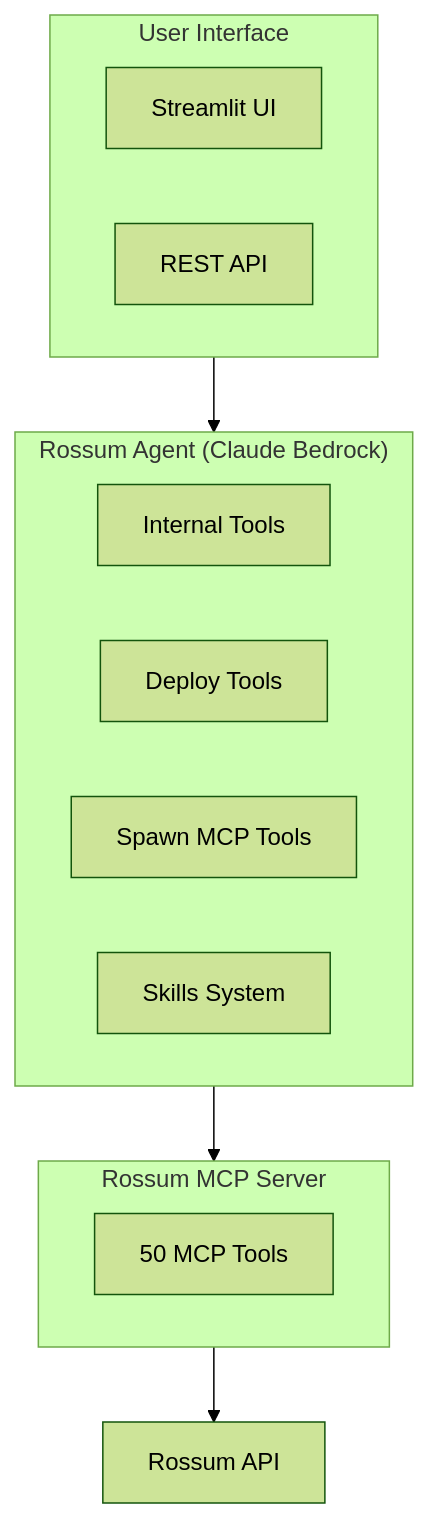
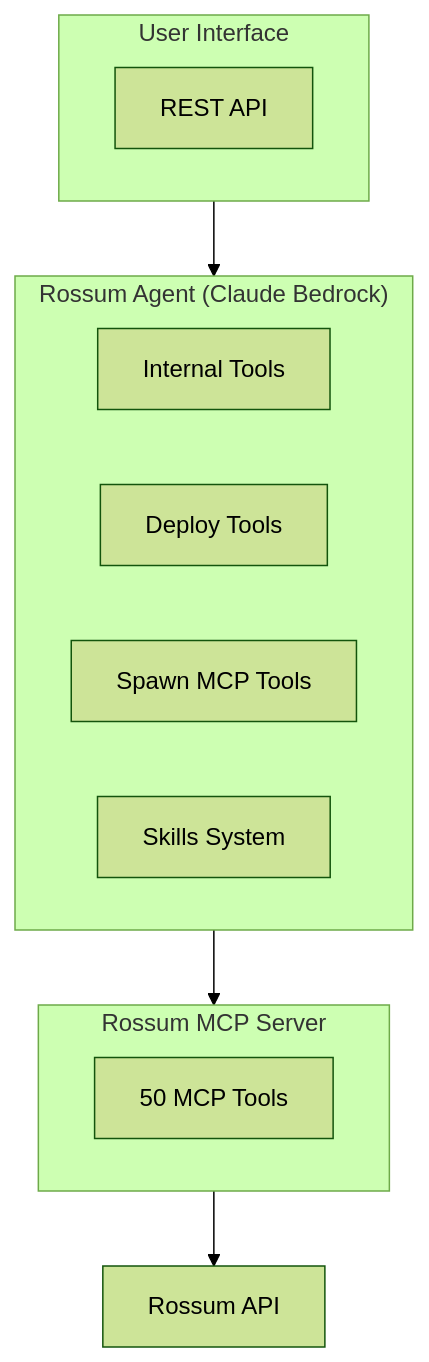
One commit to stancld/rossum-agents changed the diagram in rossum-agent/README.md. Above: the diagram before and after it, drawn with Mermaid (forest theme). The commit also changed other lines of this file and 27 other files, not shown here.

````diff
--- a/rossum-agent/README.md
+++ b/rossum-agent/README.md
@@ -193,24 +178,23 @@
 ```mermaid
 flowchart TB
     subgraph UI["User Interface"]
-        S[Streamlit UI]
         A[REST API]
     end
 
     subgraph Agent["Rossum Agent (Claude Bedrock)"]
         IT[Internal Tools]
         DT[Deploy Tools]
         MT[Spawn MCP Tools]
         SK[Skills System]
     end
 
     subgraph MCP["Rossum MCP Server"]
         Tools[50 MCP Tools]
     end
 
     API[Rossum API]
 
     UI --> Agent
     Agent --> MCP
     MCP --> API
 ```
````
